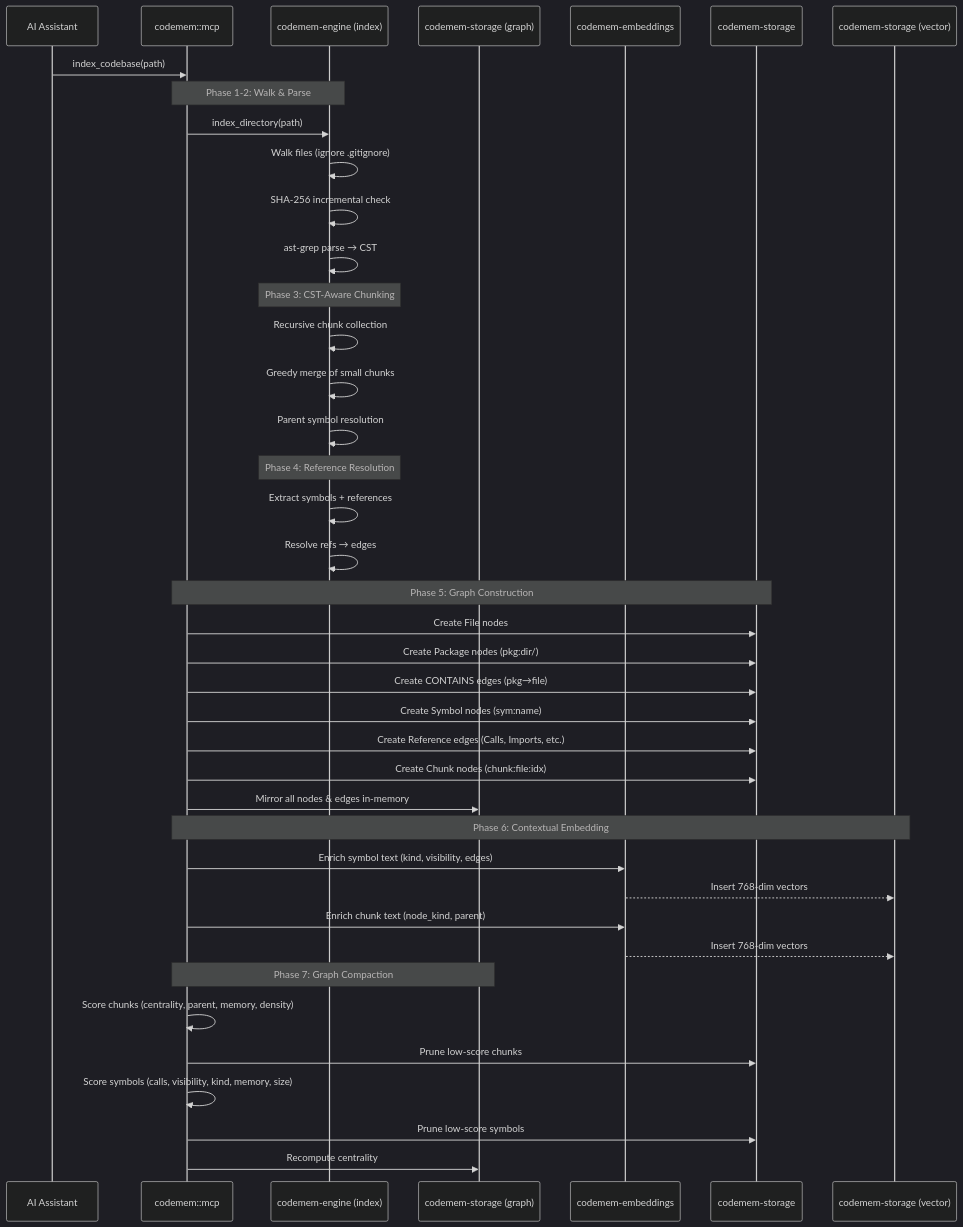
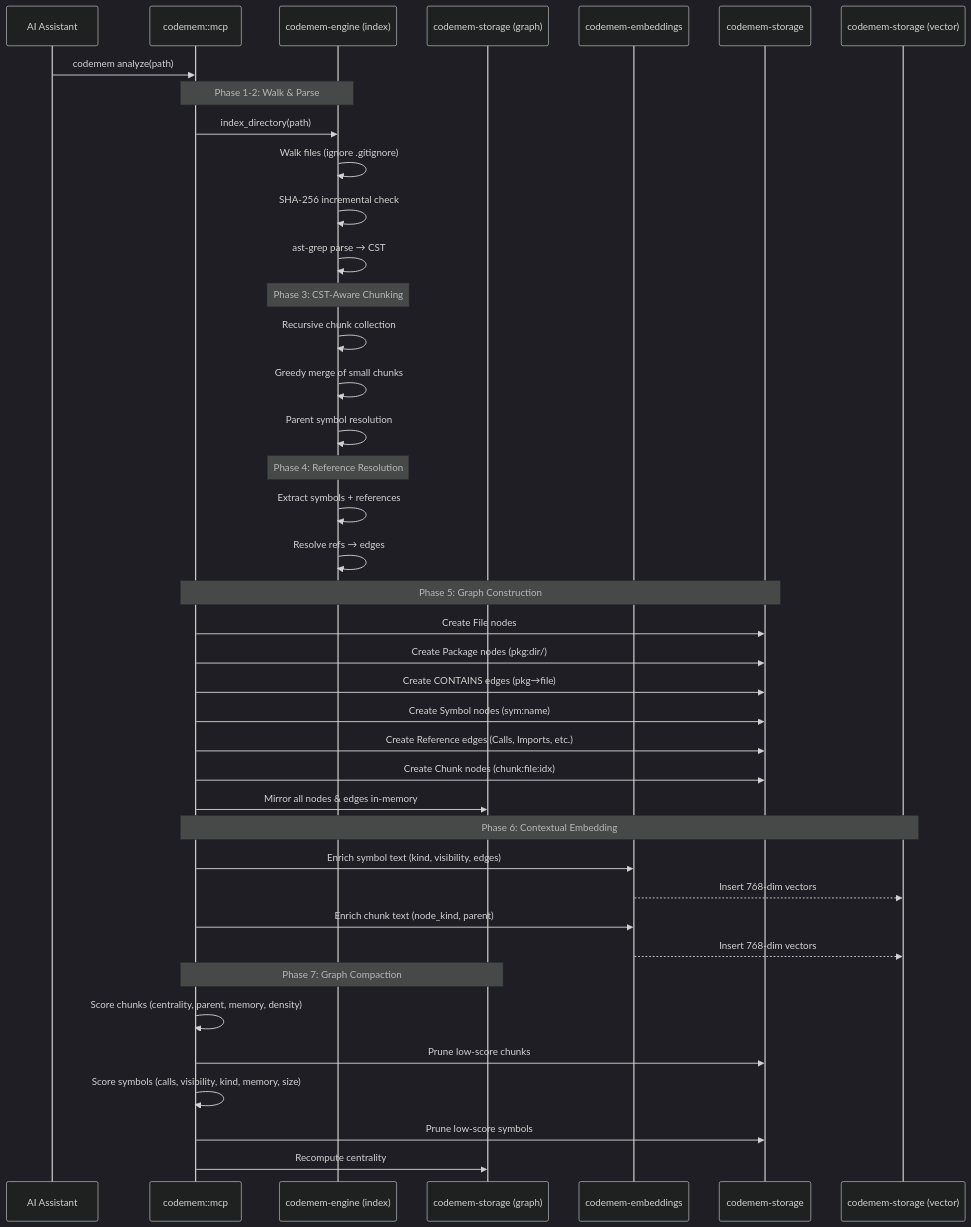
Before and after one commit to cogniplex/codemem: the ninth of 10 diagrams in docs/architecture.md, drawn with Mermaid (dark theme). The commit also changed other lines of this file and 6 other files, not shown here.

First line of the commit message:
docs: update all docs for temporal graph, diff review, scope context, SCIP, and Gemini (#55)

````diff
--- a/docs/architecture.md
+++ b/docs/architecture.md
@@ -369,49 +378,49 @@
 ```mermaid
 sequenceDiagram
     participant AI as AI Assistant
     participant MCP as codemem::mcp
     participant IDX as codemem-engine (index)
     participant Graph as codemem-storage (graph)
     participant Emb as codemem-embeddings
     participant Store as codemem-storage
     participant Vec as codemem-storage (vector)
 
-    AI->>MCP: index_codebase(path)
+    AI->>MCP: codemem analyze(path)
 
     Note over MCP,IDX: Phase 1-2: Walk & Parse
     MCP->>IDX: index_directory(path)
     IDX->>IDX: Walk files (ignore .gitignore)
     IDX->>IDX: SHA-256 incremental check
     IDX->>IDX: ast-grep parse → CST
 
     Note over IDX: Phase 3: CST-Aware Chunking
     IDX->>IDX: Recursive chunk collection
     IDX->>IDX: Greedy merge of small chunks
     IDX->>IDX: Parent symbol resolution
 
     Note over IDX: Phase 4: Reference Resolution
     IDX->>IDX: Extract symbols + references
     IDX->>IDX: Resolve refs → edges
 
     Note over MCP,Store: Phase 5: Graph Construction
     MCP->>Store: Create File nodes
     MCP->>Store: Create Package nodes (pkg:dir/)
     MCP->>Store: Create CONTAINS edges (pkg→file)
     MCP->>Store: Create Symbol nodes (sym:name)
     MCP->>Store: Create Reference edges (Calls, Imports, etc.)
     MCP->>Store: Create Chunk nodes (chunk:file:idx)
     MCP->>Graph: Mirror all nodes & edges in-memory
 
     Note over MCP,Vec: Phase 6: Contextual Embedding
     MCP->>Emb: Enrich symbol text (kind, visibility, edges)
     Emb-->>Vec: Insert 768-dim vectors
     MCP->>Emb: Enrich chunk text (node_kind, parent)
     Emb-->>Vec: Insert 768-dim vectors
 
     Note over MCP,Graph: Phase 7: Graph Compaction
     MCP->>MCP: Score chunks (centrality, parent, memory, density)
     MCP->>Store: Prune low-score chunks
     MCP->>MCP: Score symbols (calls, visibility, kind, memory, size)
     MCP->>Store: Prune low-score symbols
     MCP->>Graph: Recompute centrality
 ```
````
